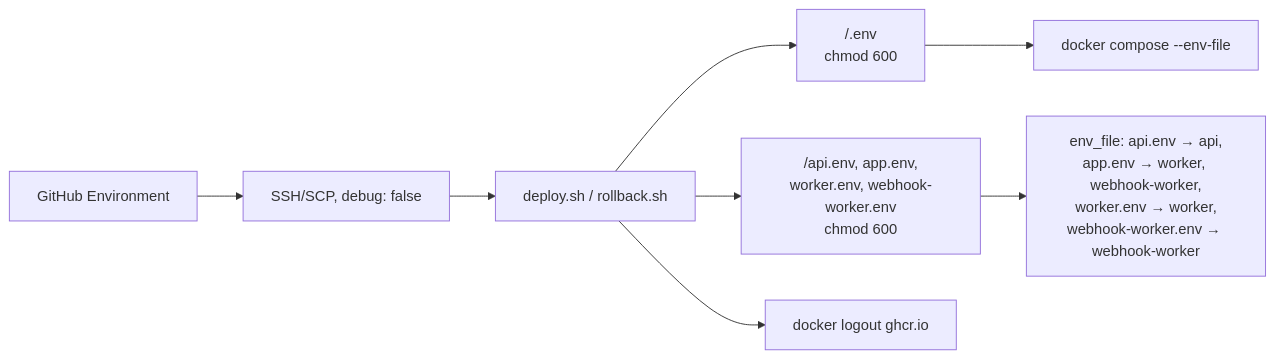
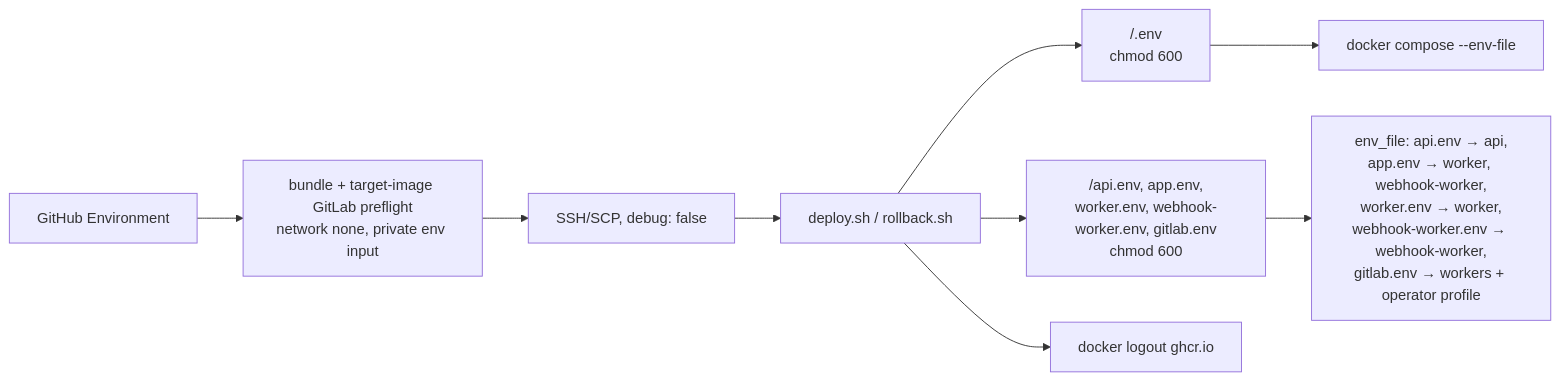
Before and after one commit to larchanka-training/dmc-268-api-t6: the diagram in docs/SECRETS.md, drawn with Mermaid. The commit also changed other lines of this file and 12 other files, not shown here.

First line of the commit message:
feat(deploy): wire GitLab staging configuration (#335)

````diff
--- a/docs/SECRETS.md
+++ b/docs/SECRETS.md
@@ -370,10 +513,11 @@
 ```mermaid
 flowchart LR
-  gha["GitHub Environment"] --> ssh["SSH/SCP, debug: false"]
+  gha["GitHub Environment"] --> preflight["bundle + target-image GitLab preflight\nnetwork none, private env input"]
+  preflight --> ssh["SSH/SCP, debug: false"]
   ssh --> script["deploy.sh / rollback.sh"]
   script --> envfile["<APP_DIR>/.env\nchmod 600"]
-  script --> appenv["<APP_DIR>/api.env, app.env,\nworker.env, webhook-worker.env\nchmod 600"]
+  script --> appenv["<APP_DIR>/api.env, app.env,\nworker.env, webhook-worker.env, gitlab.env\nchmod 600"]
   envfile --> compose["docker compose --env-file"]
-  appenv --> compose2["env_file: api.env → api,\napp.env → worker, webhook-worker,\nworker.env → worker,\nwebhook-worker.env → webhook-worker"]
+  appenv --> compose2["env_file: api.env → api,\napp.env → worker, webhook-worker,\nworker.env → worker,\nwebhook-worker.env → webhook-worker,\ngitlab.env → workers + operator profile"]
   script --> logout["docker logout ghcr.io"]
 ```
````
